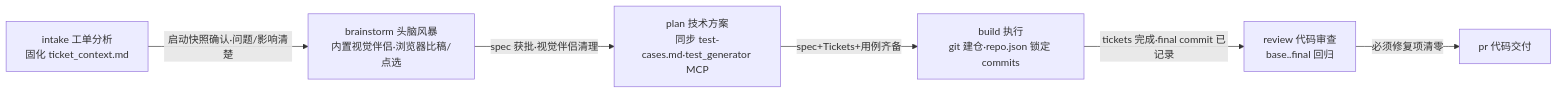
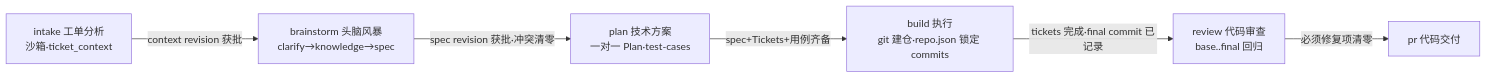
Before and after one commit to zerotower69/tech-workflow: the diagram in README.md, drawn with Mermaid. The commit also changed other lines of this file and 24 other files, not shown here.

````diff
--- a/README.md
+++ b/README.md
@@ -22,8 +35,8 @@
 ```mermaid
 flowchart LR
-  A["intake 工单分析<br/>固化 ticket_context.md"] -->|"启动快照确认·问题/影响清楚"| B["brainstorm 头脑风暴<br/>内置视觉伴侣·浏览器比稿/点选"]
-  B -->|"spec 获批·视觉伴侣清理"| C["plan 技术方案<br/>同步 test-cases.md·test_generator MCP"]
+  A["intake 工单分析<br/>沙箱·ticket_context"] -->|"context revision 获批"| B["brainstorm 头脑风暴<br/>clarify→knowledge→spec"]
+  B -->|"spec revision 获批·冲突清零"| C["plan 技术方案<br/>一对一 Plan·test-cases"]
   C -->|"spec+Tickets+用例齐备"| D["build 执行<br/>git 建仓·repo.json 锁定 commits"]
   D -->|"tickets 完成·final commit 已记录"| E["review 代码审查<br/>base..final 回归"]
   E -->|"必须修复项清零"| F["pr 代码交付"]
 ```
````
